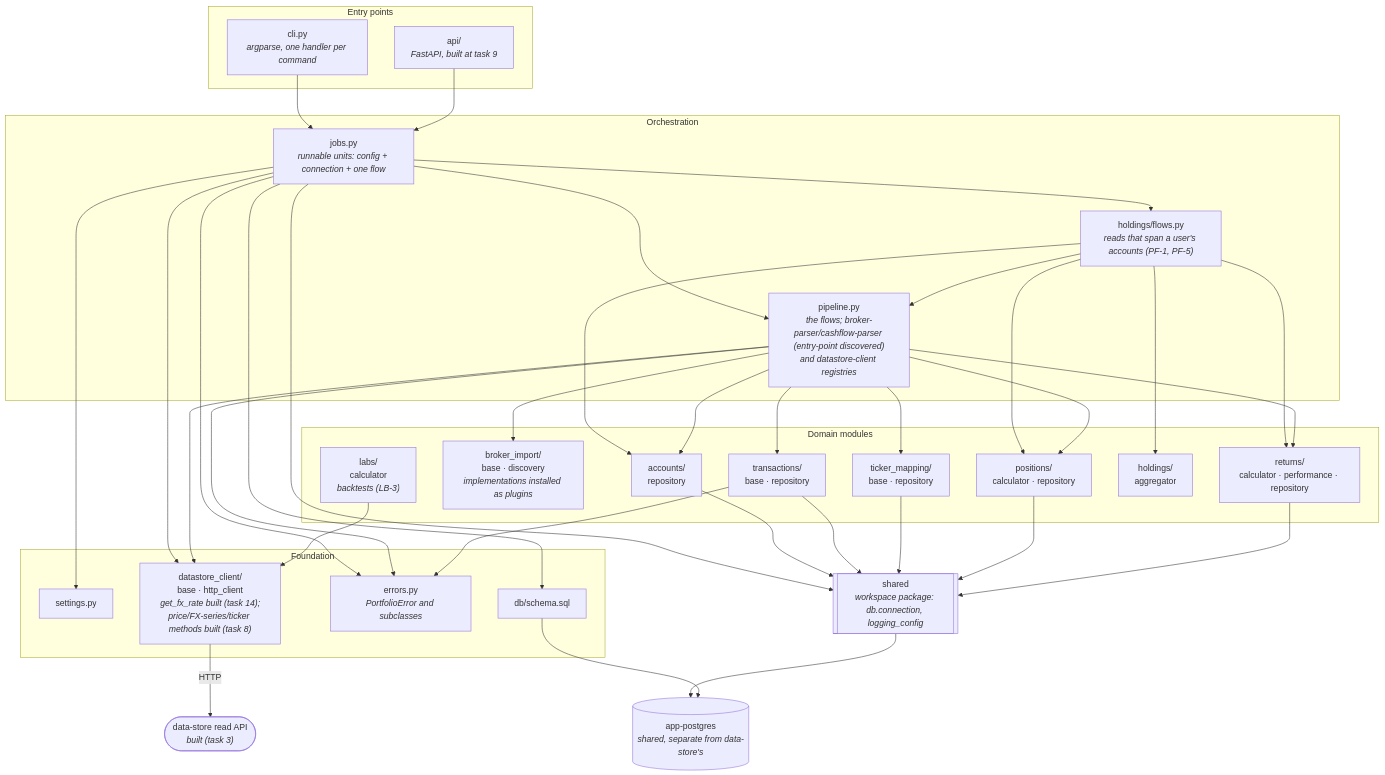
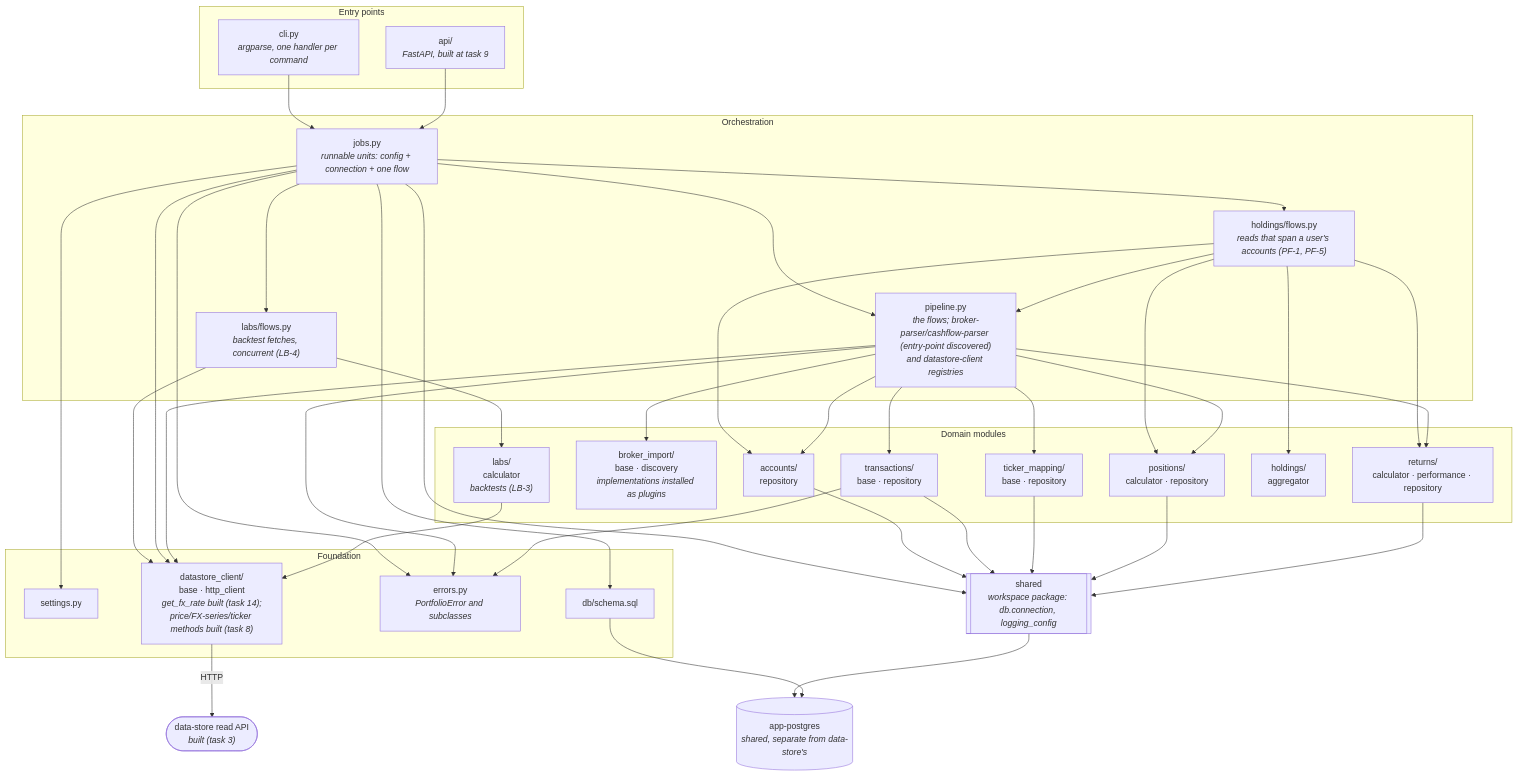
Before and after one commit to jpedropereira/Stakehold: the diagram in services/portfolio/docs/architecture.md, drawn with Mermaid. The commit also changed other lines of this file and 12 other files, not shown here.

First line of the commit message:
Add the backtest endpoint for Labs (LB-4)

````diff
--- a/services/portfolio/docs/architecture.md
+++ b/services/portfolio/docs/architecture.md
@@ -60,68 +60,72 @@
 ```mermaid
 flowchart TD
     subgraph entry["Entry points"]
         CLI["cli.py<br/><i>argparse, one handler per command</i>"]
         API["api/<br/><i>FastAPI, built at task 9</i>"]
     end
 
     subgraph orch["Orchestration"]
         JOBS["jobs.py<br/><i>runnable units: config + connection + one flow</i>"]
         PIPE["pipeline.py<br/><i>the flows; broker-parser/cashflow-parser (entry-point discovered)<br/>and datastore-client registries</i>"]
         HFLOW["holdings/flows.py<br/><i>reads that span a user's accounts (PF-1, PF-5)</i>"]
+        LFLOW["labs/flows.py<br/><i>backtest fetches, concurrent (LB-4)</i>"]
     end
 
     subgraph domain["Domain modules"]
         ACC["accounts/<br/>repository"]
         IMP["broker_import/<br/>base · discovery<br/><i>implementations installed as plugins</i>"]
         MAP["ticker_mapping/<br/>base · repository"]
         TXN["transactions/<br/>base · repository"]
         POS["positions/<br/>calculator · repository"]
         RET["returns/<br/>calculator · performance · repository"]
         HOLD["holdings/<br/>aggregator"]
         LABS["labs/<br/>calculator<br/><i>backtests (LB-3)</i>"]
     end
 
     subgraph found["Foundation"]
         SET["settings.py"]
         DB["db/schema.sql"]
         ERR["errors.py<br/><i>PortfolioError and subclasses</i>"]
         DSC["datastore_client/<br/>base · http_client<br/><i>get_fx_rate built (task 14);<br/>price/FX-series/ticker methods built (task 8)</i>"]
     end
 
     SH[["shared<br/><i>workspace package: db.connection, logging_config</i>"]]
     PG[("app-postgres<br/><i>shared, separate from data-store's</i>")]
     DSAPI(["data-store read API<br/><i>built (task 3)</i>"])
 
     CLI --> JOBS
     API --> JOBS
     JOBS --> PIPE
     JOBS --> HFLOW
+    JOBS --> LFLOW
+    LFLOW --> LABS
+    LFLOW --> DSC
     HFLOW --> ACC
     HFLOW --> POS
     HFLOW --> RET
     HFLOW --> HOLD
     HFLOW --> PIPE
     JOBS --> SET
     JOBS --> DB
     JOBS --> ERR
     JOBS --> DSC
     PIPE --> ACC
     PIPE --> IMP
     PIPE --> MAP
     PIPE --> TXN
     PIPE --> POS
     PIPE --> RET
     PIPE --> DSC
     PIPE --> ERR
     TXN --> ERR
     JOBS --> SH
     ACC --> SH
     TXN --> SH
     MAP --> SH
     POS --> SH
     RET --> SH
     LABS --> DSC
     SH --> PG
     DB --> PG
     DSC -->|HTTP| DSAPI
 ```
````
